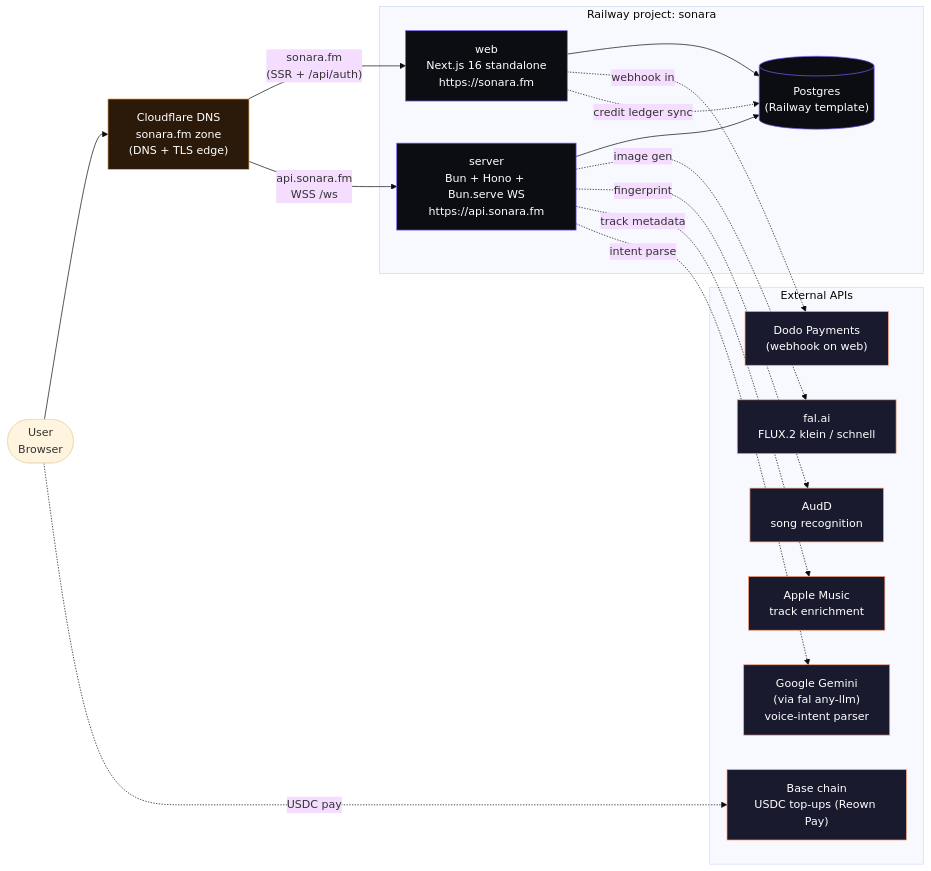
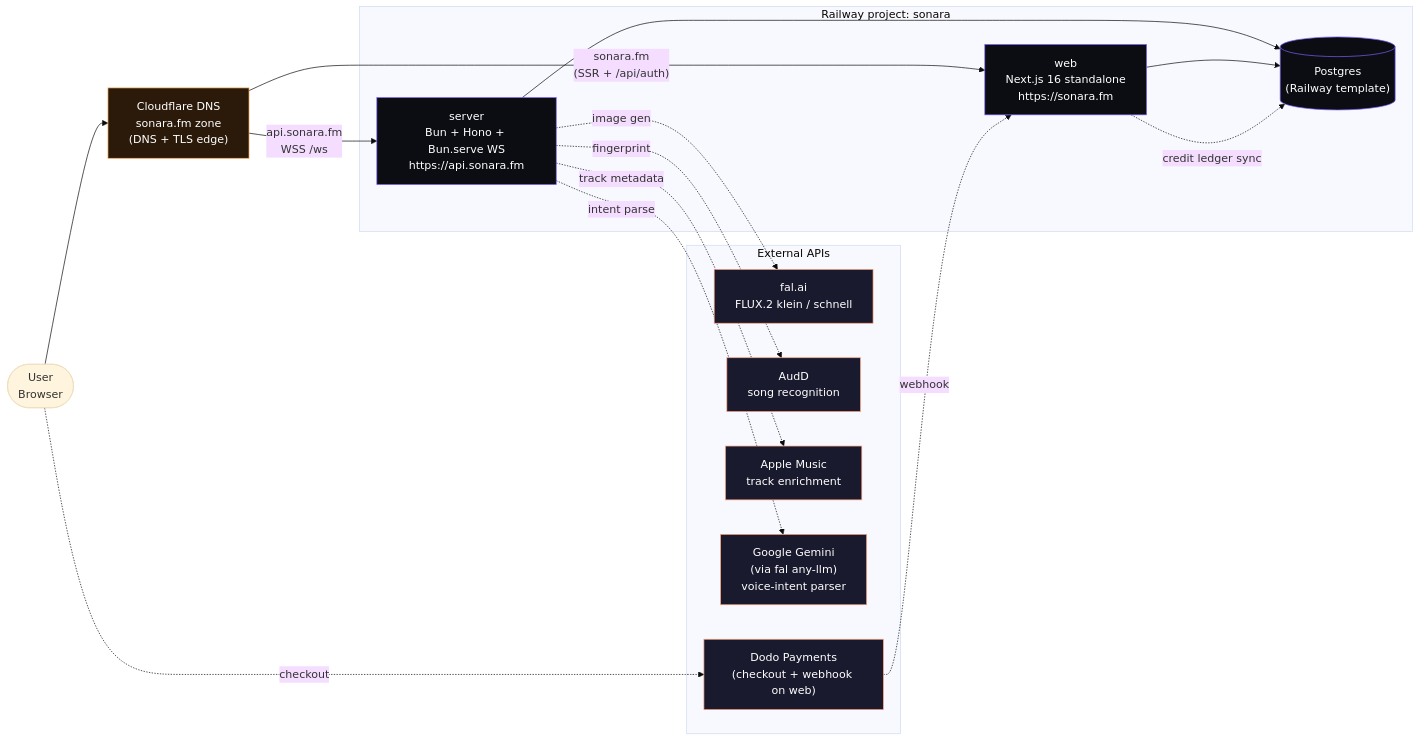
The first of 13 diagrams in INFRASTRUCTURE.md (grmkris/sonara), drawn with Mermaid (base theme) before and after one commit. The commit also changed other lines of this file and 3 other files, not shown here.

First line of the commit message:
docs: drop SIWE/Reown/USDC remnants, refresh post-anon-demo state

````diff
--- a/INFRASTRUCTURE.md
+++ b/INFRASTRUCTURE.md
@@ -20,43 +20,42 @@
 ```mermaid
 flowchart LR
     User([User<br/>Browser])
 
     CF["Cloudflare DNS<br/>sonara.fm zone<br/>(DNS + TLS edge)"]
 
     subgraph Railway["Railway project: sonara"]
         Web["web<br/>Next.js 16 standalone<br/>https://sonara.fm"]
         Server["server<br/>Bun + Hono + Bun.serve WS<br/>https://api.sonara.fm"]
         PG[("Postgres<br/>(Railway template)")]
     end
 
     subgraph External["External APIs"]
         Fal["fal.ai<br/>FLUX.2 klein / schnell"]
         AudD["AudD<br/>song recognition"]
         Apple["Apple Music<br/>track enrichment"]
         Gemini["Google Gemini<br/>(via fal any-llm)<br/>voice-intent parser"]
-        Base["Base chain<br/>USDC top-ups (Reown Pay)"]
-        Dodo["Dodo Payments<br/>(webhook on web)"]
+        Dodo["Dodo Payments<br/>(checkout + webhook on web)"]
     end
 
     User --> CF
     CF -- "sonara.fm<br/>(SSR + /api/auth)" --> Web
     CF -- "api.sonara.fm<br/>WSS /ws" --> Server
     Server --> PG
     Web --> PG
 
     Server -. "image gen" .-> Fal
     Server -. "fingerprint" .-> AudD
     Server -. "track metadata" .-> Apple
     Server -. "intent parse" .-> Gemini
 
-    User -. "USDC pay" .-> Base
-    Web -. "webhook in" .-> Dodo
+    User -. "checkout" .-> Dodo
+    Dodo -. "webhook" .-> Web
     Web -. "credit ledger sync" .-> PG
 
     classDef railway fill:#0b0d12,stroke:#7d5fff,color:#fff
     classDef ext fill:#1a1a2e,stroke:#ffa07a,color:#fff
     classDef cf fill:#2b1a0a,stroke:#ffaf5f,color:#fff
     class Web,Server,PG railway
-    class Fal,AudD,Apple,Gemini,Base,Dodo ext
+    class Fal,AudD,Apple,Gemini,Dodo ext
     class CF cf
 ```
````
